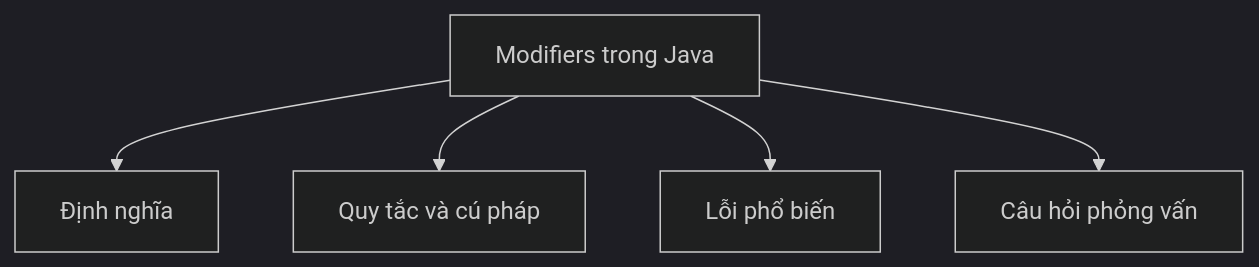
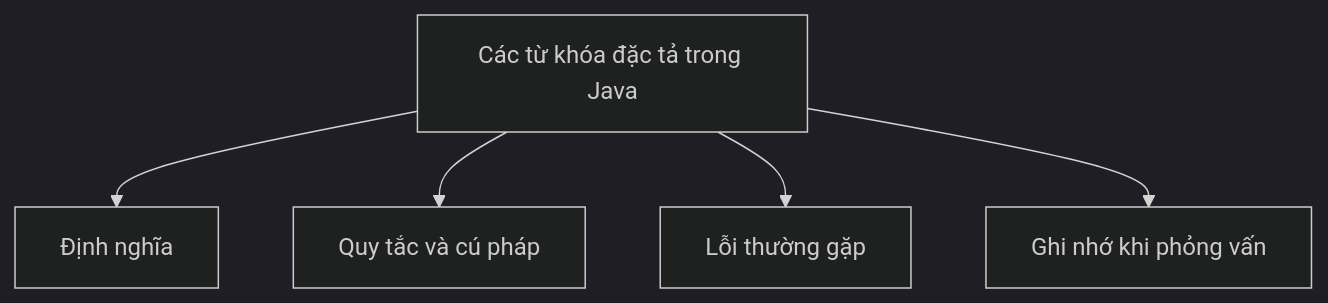
One commit to PhuThien2005/theoretical-of-java-core changed the diagram in vi/10-modifiers/README.md. Above: the diagram before and after it, drawn with Mermaid (dark theme). The commit also changed other lines of this file and 229 other files, not shown here.

````diff
--- a/vi/10-modifiers/README.md
+++ b/vi/10-modifiers/README.md
@@ -48,7 +48,7 @@
 ```mermaid
 flowchart TD
-    A[Modifiers trong Java] --> B[Định nghĩa]
+    A[Các từ khóa đặc tả trong Java] --> B[Định nghĩa]
     A --> C[Quy tắc và cú pháp]
-    A --> D[Lỗi phổ biến]
-    A --> E[Câu hỏi phỏng vấn]
+    A --> D[Lỗi thường gặp]
+    A --> E[Ghi nhớ khi phỏng vấn]
 ```
````
